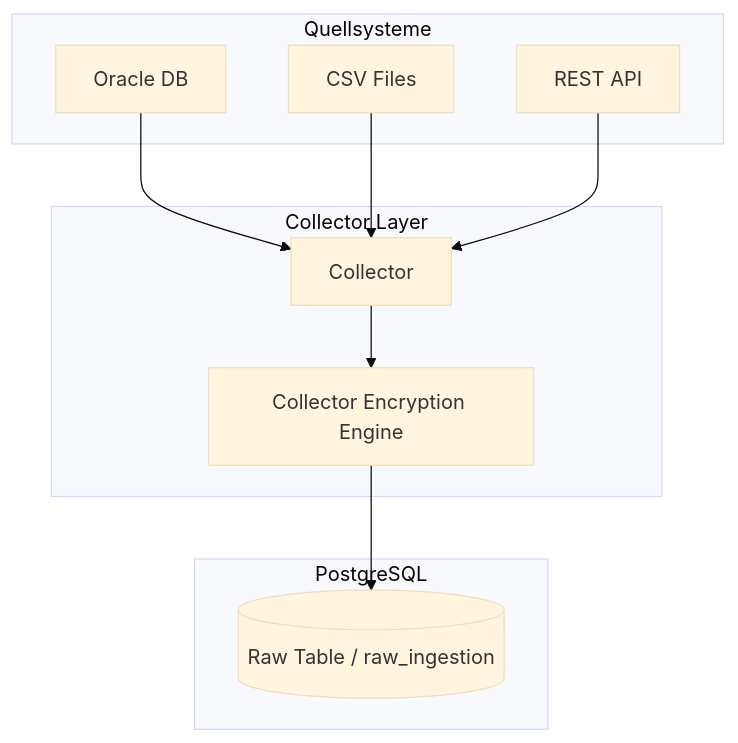
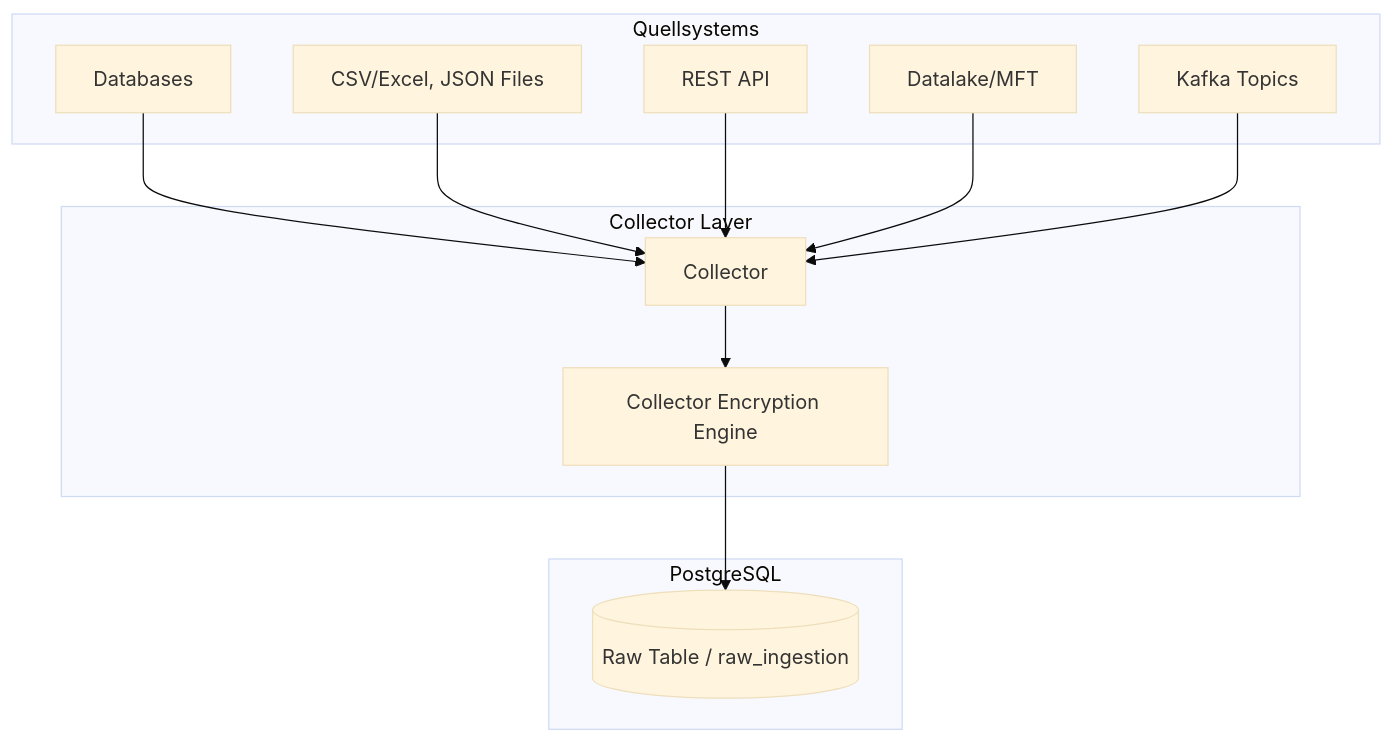
The diagram in collector-layer/README.md (Zheng-Bote/mitm-2), drawn with Mermaid (base theme) before and after one commit.

Commit message:
Revise source systems in README diagram
Updated the source systems in the diagram to include more specific types and formats.

````diff
--- a/collector-layer/README.md
+++ b/collector-layer/README.md
@@ -11,21 +11,25 @@
 ```mermaid
 flowchart TD
-    subgraph SourceSystems[Quellsysteme]
-        ORA[Oracle DB]
-        CSV[CSV Files]
+    subgraph SourceSystems[Quellsystems]
+        ORA[Databases]
+        CSV[CSV/Excel, JSON Files]
         API[REST API]
+        MFT[Datalake/MFT]
+        KAFKA[Kafka Topics]
     end
 
     subgraph CollectorLayer[Collector Layer]
         C[Collector] --> ENC1[Collector Encryption Engine]
     end
 
     subgraph DB[PostgreSQL]
         RAW[(Raw Table / raw_ingestion)]
     end
 
     ORA --> C
     CSV --> C
     API --> C
+    MFT --> C
+    KAFKA --> C
     ENC1 --> RAW
 ```
````
